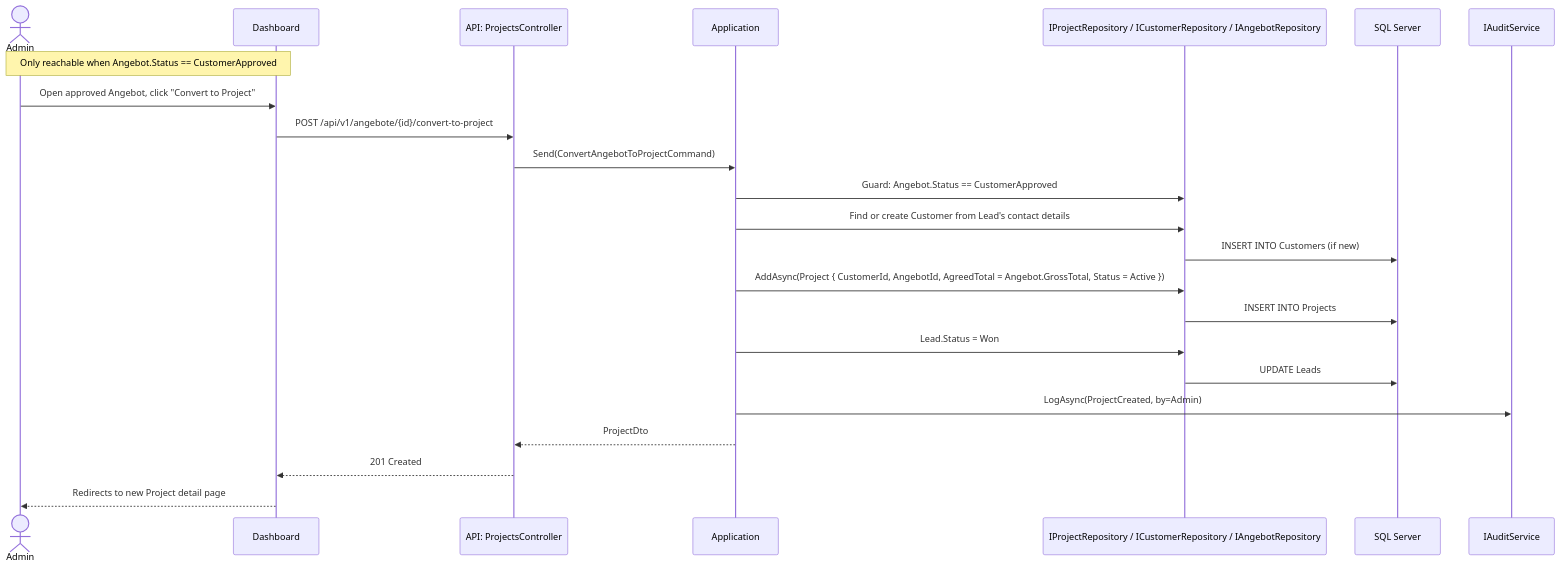
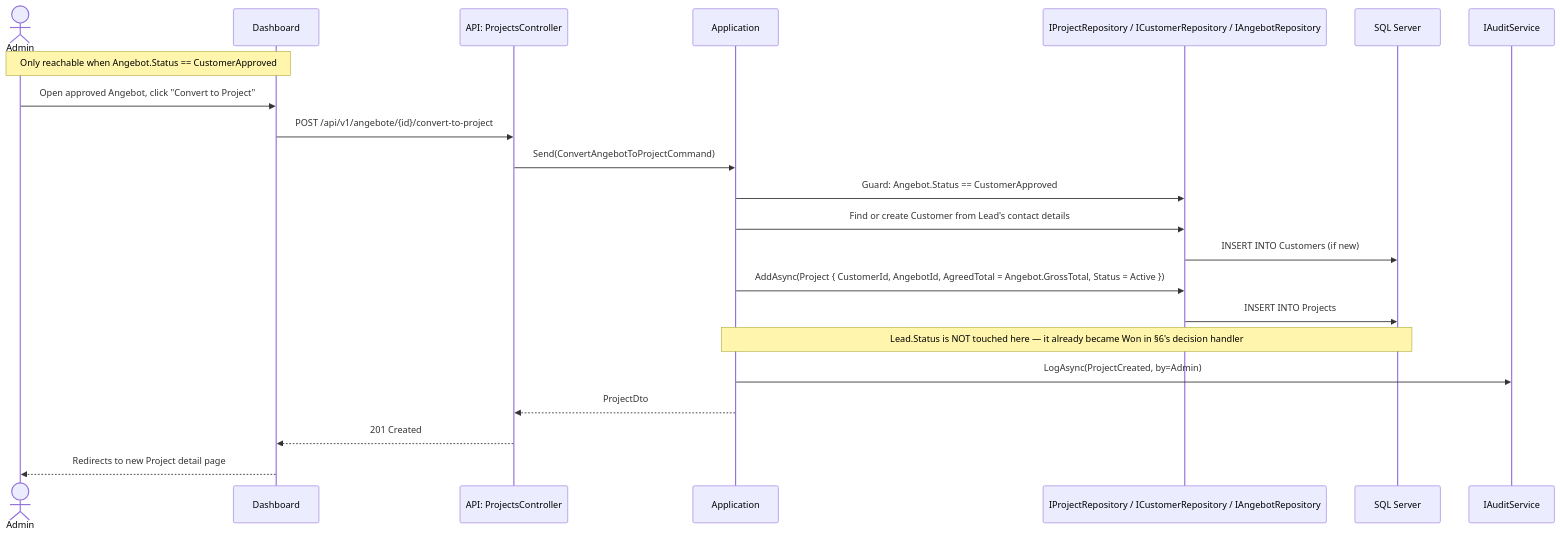
Before and after one commit to Keroleshanna/RenoTrack: the seventh of 12 diagrams in Sequence Diagram.md, drawn with Mermaid. The commit also changed other lines of this file and 17 other files, not shown here.

````diff
--- a/Sequence Diagram.md
+++ b/Sequence Diagram.md
@@ -367,26 +375,25 @@
 ```mermaid
 sequenceDiagram
     actor AD as Admin
     participant DASH as Dashboard
     participant API as API: ProjectsController
     participant APP as Application
     participant REPO as IProjectRepository / ICustomerRepository / IAngebotRepository
     participant DB as SQL Server
     participant AUD as IAuditService
 
     Note over AD,DASH: Only reachable when Angebot.Status == CustomerApproved
     AD->>DASH: Open approved Angebot, click "Convert to Project"
     DASH->>API: POST /api/v1/angebote/{id}/convert-to-project
     API->>APP: Send(ConvertAngebotToProjectCommand)
     APP->>REPO: Guard: Angebot.Status == CustomerApproved
     APP->>REPO: Find or create Customer from Lead's contact details
     REPO->>DB: INSERT INTO Customers (if new)
     APP->>REPO: AddAsync(Project { CustomerId, AngebotId, AgreedTotal = Angebot.GrossTotal, Status = Active })
     REPO->>DB: INSERT INTO Projects
-    APP->>REPO: Lead.Status = Won
-    REPO->>DB: UPDATE Leads
+    Note over APP,DB: Lead.Status is NOT touched here — it already became Won in §6's decision handler
     APP->>AUD: LogAsync(ProjectCreated, by=Admin)
     APP-->>API: ProjectDto
     API-->>DASH: 201 Created
     DASH-->>AD: Redirects to new Project detail page
 ```
````
